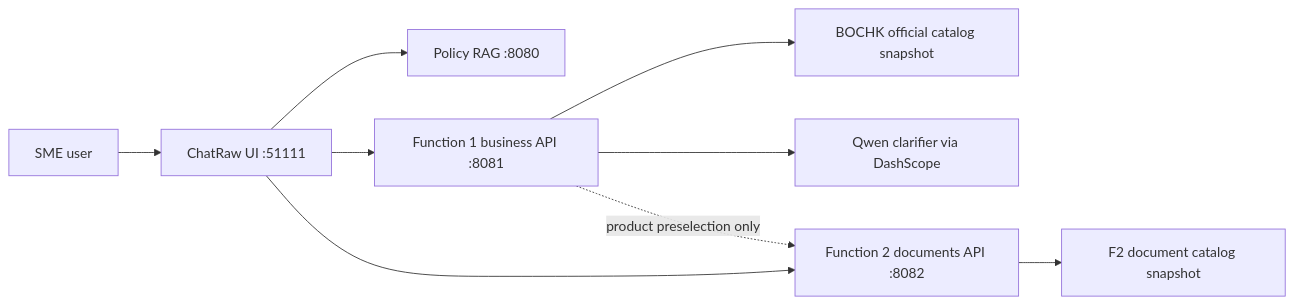
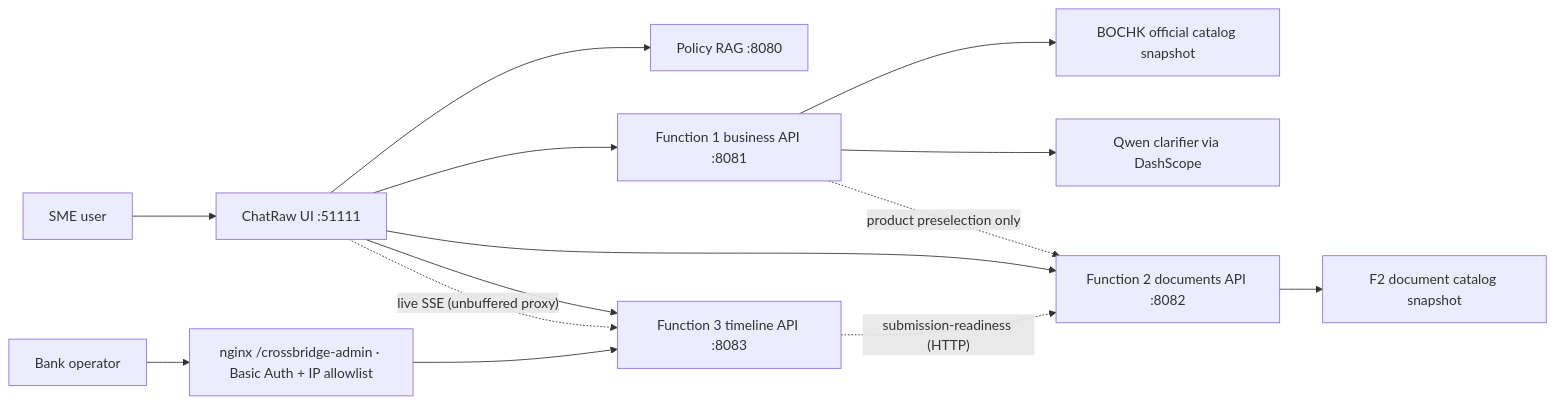
One commit to Vanxun-Hank/CrossBridge changed the fourth of 4 diagrams in docs/function1-function2-workflow.md. Above: the diagram before and after it, drawn with Mermaid. The commit also changed other lines of this file and 45 other files, not shown here.

````diff
--- a/docs/function1-function2-workflow.md
+++ b/docs/function1-function2-workflow.md
@@ -61,11 +82,16 @@
 ```mermaid
 flowchart LR
     U["SME user"] --> C["ChatRaw UI :51111"]
     C --> R["Policy RAG :8080"]
     C --> F1["Function 1 business API :8081"]
     F1 --> O["BOCHK official catalog snapshot"]
     F1 --> Q["Qwen clarifier via DashScope"]
     C --> F2["Function 2 documents API :8082"]
     F2 --> D["F2 document catalog snapshot"]
     F1 -. "product preselection only" .-> F2
+    C --> F3["Function 3 timeline API :8083"]
+    F3 -. "submission-readiness (HTTP)" .-> F2
+    C -. "live SSE (unbuffered proxy)" .-> F3
+    BK["Bank operator"] --> ADM["nginx /crossbridge-admin · Basic Auth + IP allowlist"]
+    ADM --> F3
 ```
````
